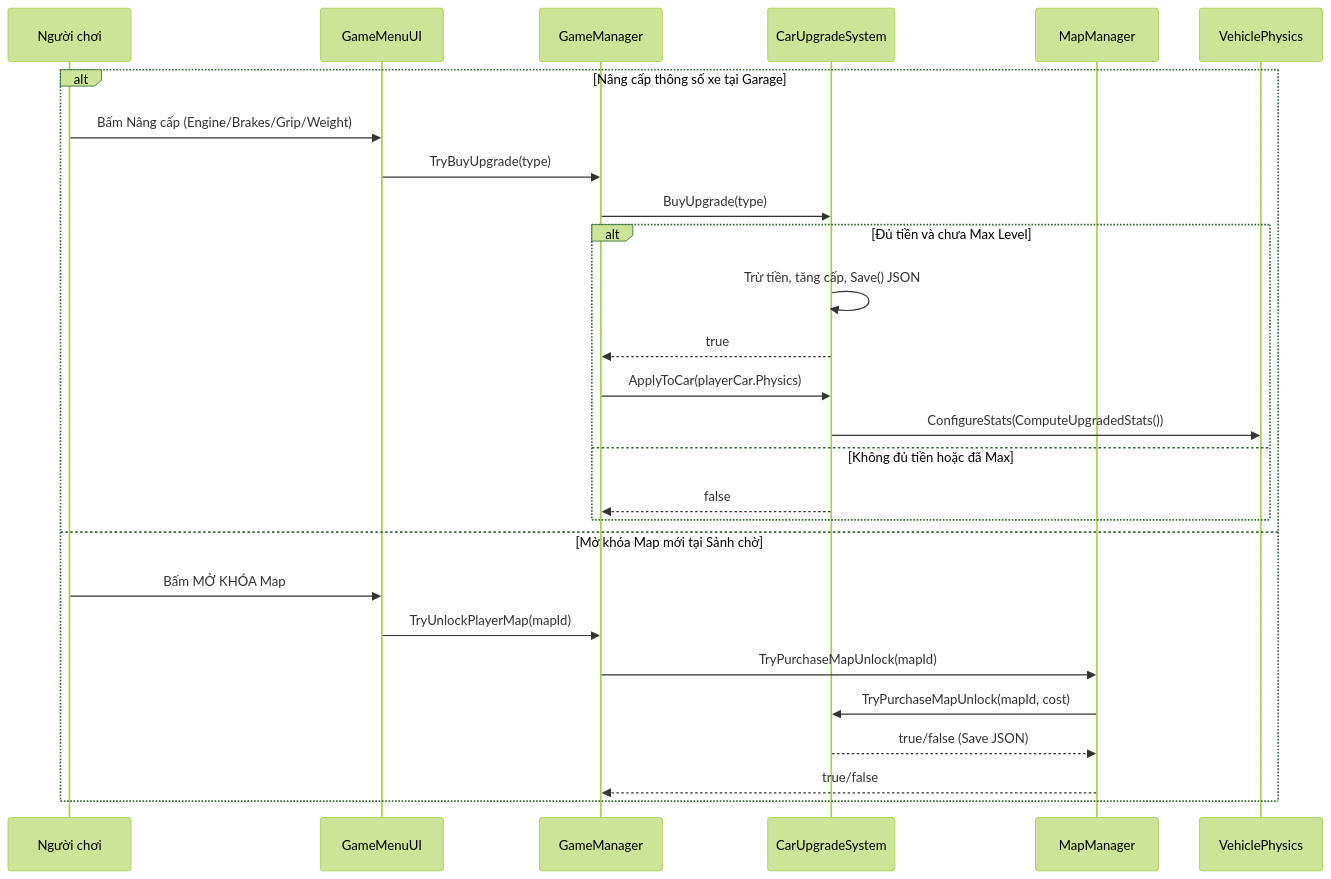
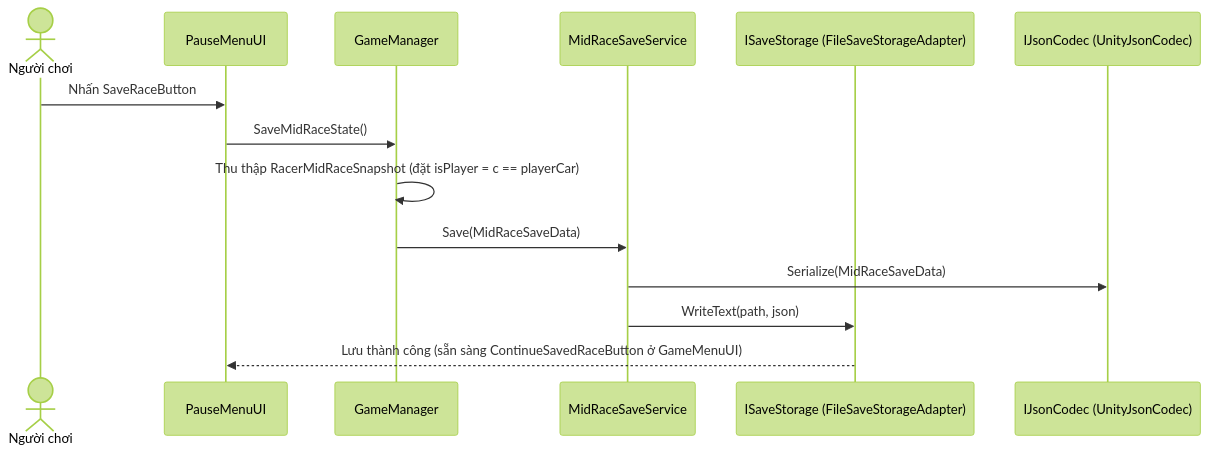
One commit to tuongduongd/racing_2d changed the fourth of 5 diagrams in Docs/TONG_HOP_THONG_TIN_SLIDE.md. Above: the diagram before and after it, drawn with Mermaid (forest theme). The commit also changed other lines of this file and 119 other files, not shown here.

Commit message:
feat(arch): extract pure C# core, add JSON data, mid-race save and synthwave BGM

````diff
--- a/Docs/TONG_HOP_THONG_TIN_SLIDE.md
+++ b/Docs/TONG_HOP_THONG_TIN_SLIDE.md
@@ -407,30 +300,17 @@
 ```mermaid
 sequenceDiagram
-    participant Player as Người chơi
-    participant UI as GameMenuUI
+    actor Player as Người chơi
+    participant UI as PauseMenuUI
     participant GM as GameManager
-    participant Upg as CarUpgradeSystem
-    participant Map as MapManager
-    participant Phys as VehiclePhysics
+    participant MRS as MidRaceSaveService
+    participant ST as ISaveStorage (FileSaveStorageAdapter)
+    participant JC as IJsonCodec (UnityJsonCodec)
 
-    alt Nâng cấp thông số xe tại Garage
-        Player->>UI: Bấm Nâng cấp (Engine/Brakes/Grip/Weight)
-        UI->>GM: TryBuyUpgrade(type)
-        GM->>Upg: BuyUpgrade(type)
-        alt Đủ tiền và chưa Max Level
-            Upg->>Upg: Trừ tiền, tăng cấp, Save() JSON
-            Upg-->>GM: true
-            GM->>Upg: ApplyToCar(playerCar.Physics)
-            Upg->>Phys: ConfigureStats(ComputeUpgradedStats())
-        else Không đủ tiền hoặc đã Max
-            Upg-->>GM: false
-        end
-    else Mở khóa Map mới tại Sảnh chờ
-        Player->>UI: Bấm MỞ KHÓA Map
-        UI->>GM: TryUnlockPlayerMap(mapId)
-        GM->>Map: TryPurchaseMapUnlock(mapId)
-        Map->>Upg: TryPurchaseMapUnlock(mapId, cost)
-        Upg-->>Map: true/false (Save JSON)
-        Map-->>GM: true/false
-    end
+    Player->>UI: Nhấn SaveRaceButton
+    UI->>GM: SaveMidRaceState()
+    GM->>GM: Thu thập RacerMidRaceSnapshot (đặt isPlayer = c == playerCar)
+    GM->>MRS: Save(MidRaceSaveData)
+    MRS->>JC: Serialize(MidRaceSaveData)
+    MRS->>ST: WriteText(path, json)
+    ST-->>UI: Lưu thành công (sẵn sàng ContinueSavedRaceButton ở GameMenuUI)
 ```
````
